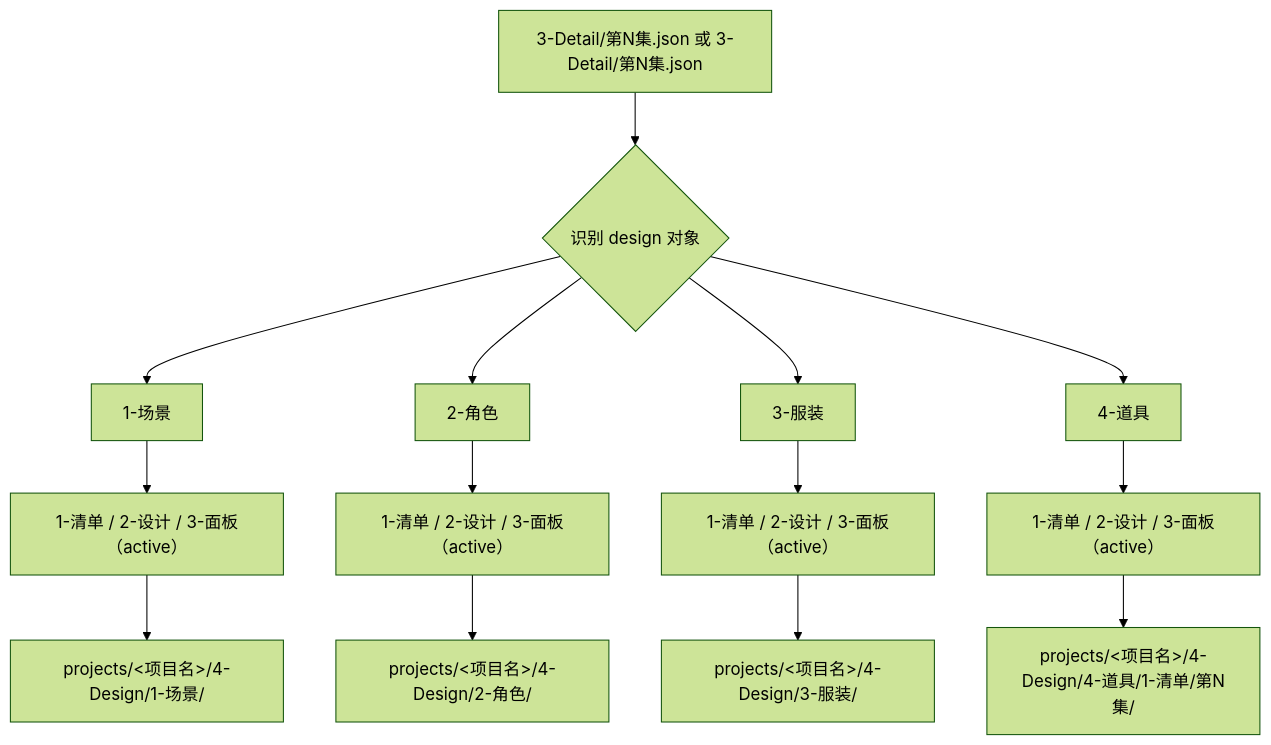
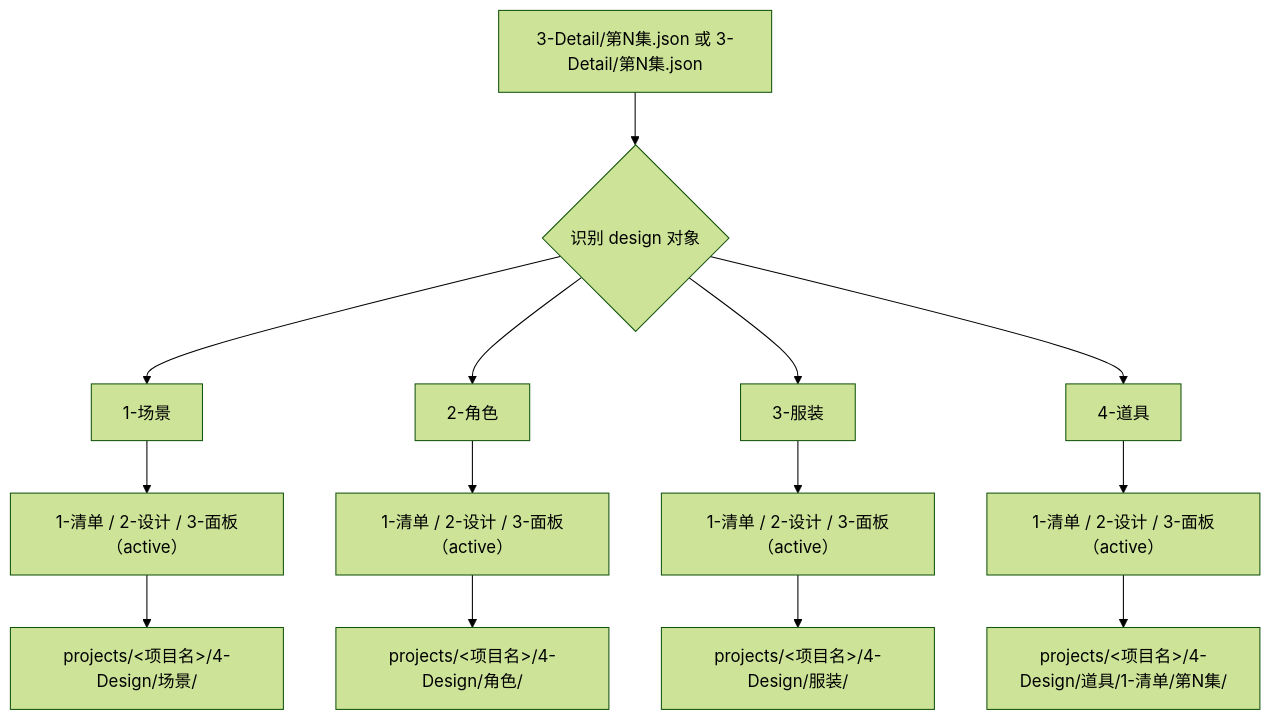
Before and after one commit to ZEN-VOID/AI-CUT: the diagram in .agents/skills/aigc/4-Design/SKILL.md, drawn with Mermaid (forest theme). The commit also changed 259 other files, not shown here.

````diff
--- a/.agents/skills/aigc/4-Design/SKILL.md
+++ b/.agents/skills/aigc/4-Design/SKILL.md
@@ -48,16 +48,16 @@
 ```mermaid
 flowchart TD
     A["3-Detail/第N集.json 或 3-Detail/第N集.json"] --> B{"识别 design 对象"}
     B --> C["1-场景"]
     B --> D["2-角色"]
     B --> E["3-服装"]
     B --> F["4-道具"]
     C --> G["1-清单 / 2-设计 / 3-面板（active）"]
     D --> H["1-清单 / 2-设计 / 3-面板（active）"]
     E --> M["1-清单 / 2-设计 / 3-面板（active）"]
     F --> I["1-清单 / 2-设计 / 3-面板（active）"]
-    G --> J["projects/<项目名>/4-Design/1-场景/"]
-    H --> K["projects/<项目名>/4-Design/2-角色/"]
-    M --> N["projects/<项目名>/4-Design/3-服装/"]
-    I --> L["projects/<项目名>/4-Design/4-道具/1-清单/第N集/"]
+    G --> J["projects/<项目名>/4-Design/场景/"]
+    H --> K["projects/<项目名>/4-Design/角色/"]
+    M --> N["projects/<项目名>/4-Design/服装/"]
+    I --> L["projects/<项目名>/4-Design/道具/1-清单/第N集/"]
 ```
````
